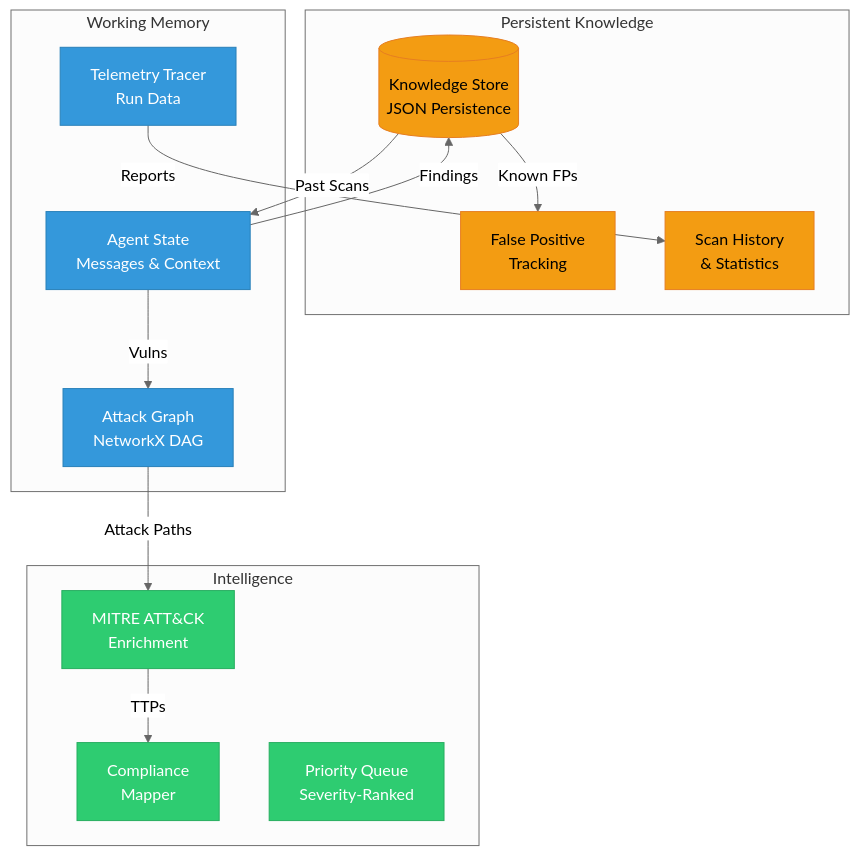
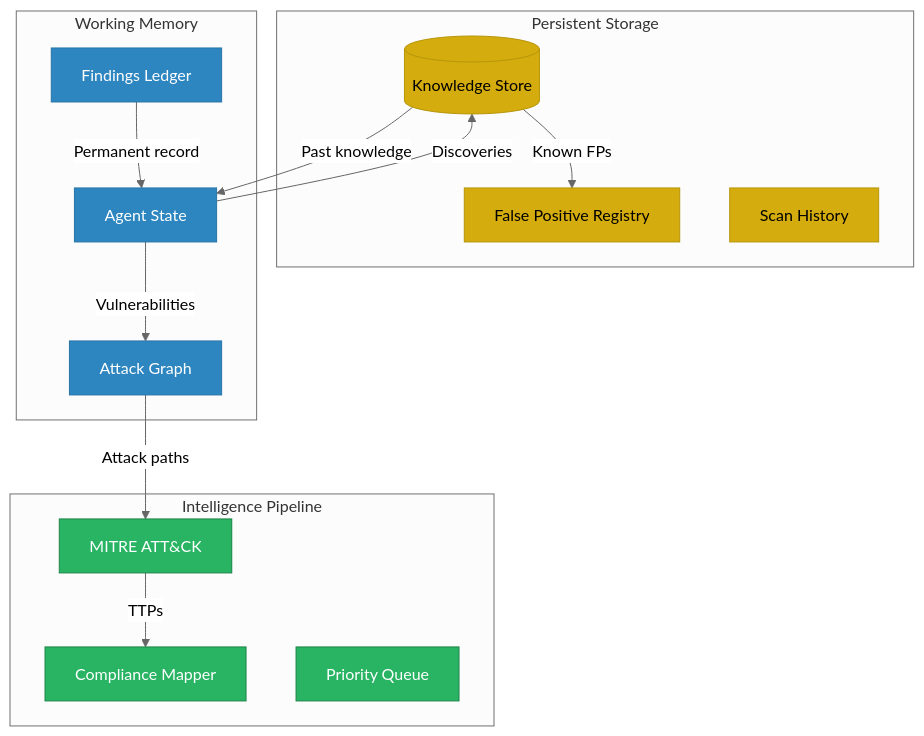
One commit to Usta0x001/Phantom changed the fifth of 6 diagrams in README.md. Above: the diagram before and after it, drawn with Mermaid (neutral theme). The commit also changed other lines of this file and 12 other files, not shown here.

````diff
--- a/README.md
+++ b/README.md
@@ -256,36 +282,36 @@
 ```mermaid
 graph TB
-    subgraph "Persistent Knowledge"
-        KS[(Knowledge Store<br/>JSON Persistence)]
-        FP[False Positive<br/>Tracking]
-        History[Scan History<br/>& Statistics]
+    subgraph Persistent["Persistent Storage"]
+        KS[(Knowledge Store)]
+        FP[False Positive Registry]
+        History[Scan History]
     end
 
-    subgraph "Working Memory"
-        State[Agent State<br/>Messages & Context]
-        Tracer[Telemetry Tracer<br/>Run Data]
-        Graph[Attack Graph<br/>NetworkX DAG]
+    subgraph Working["Working Memory"]
+        State[Agent State]
+        Ledger[Findings Ledger]
+        Graph[Attack Graph]
     end
 
-    subgraph "Intelligence"
-        MITRE[MITRE ATT&CK<br/>Enrichment]
-        Compliance[Compliance<br/>Mapper]
-        Priority[Priority Queue<br/>Severity-Ranked]
+    subgraph Intelligence["Intelligence Pipeline"]
+        MITRE[MITRE ATT&CK]
+        Compliance[Compliance Mapper]
+        Priority[Priority Queue]
     end
 
-    State --> |Findings| KS
-    KS --> |Past Scans| State
-    State --> |Vulns| Graph
-    Graph --> |Attack Paths| MITRE
+    State --> |Discoveries| KS
+    KS --> |Past knowledge| State
+    State --> |Vulnerabilities| Graph
+    Graph --> |Attack paths| MITRE
     MITRE --> |TTPs| Compliance
     KS --> |Known FPs| FP
-    Tracer --> |Reports| History
+    Ledger --> |Permanent record| State
 
-    classDef persist fill:#f39c12,stroke:#e67e22,color:#000
-    classDef working fill:#3498db,stroke:#2980b9,color:#fff
-    classDef intel fill:#2ecc71,stroke:#27ae60,color:#fff
+    classDef persist fill:#d4ac0d,stroke:#b7950b,color:#000
+    classDef working fill:#2e86c1,stroke:#2874a6,color:#fff
+    classDef intel fill:#28b463,stroke:#1e8449,color:#fff
 
     class KS,FP,History persist
-    class State,Tracer,Graph working
+    class State,Ledger,Graph working
     class MITRE,Compliance,Priority intel
 ```
````
